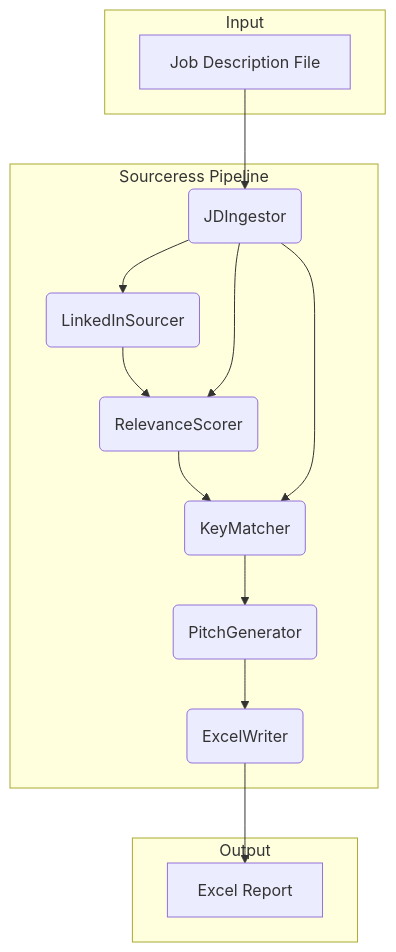
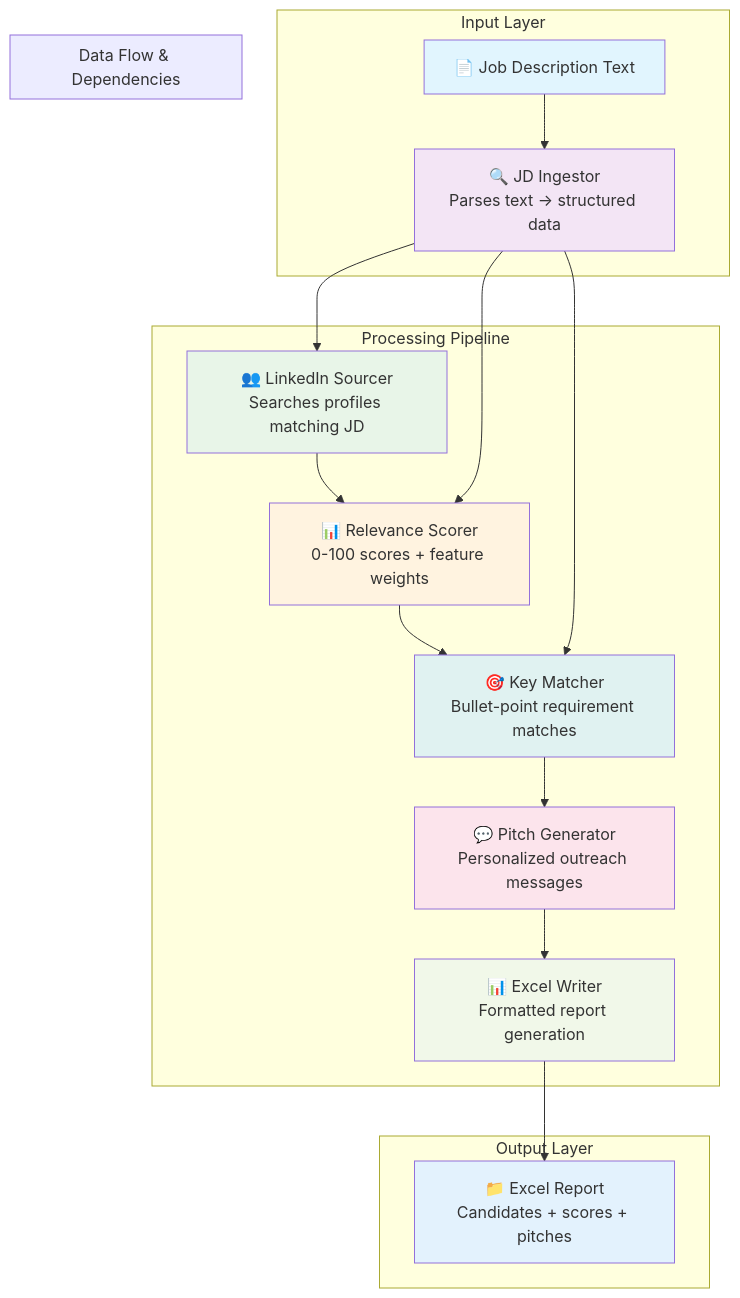
Before and after one commit to sanchitv7/sourceress: the diagram in architecture.mermaid, drawn with Mermaid. The commit also changed 2 other files, not shown here.

Commit message:
feat: Add plan and update architecture diagram

```diff
--- a/architecture.mermaid
+++ b/architecture.mermaid
@@ -1,26 +1,37 @@
 graph TD
-    subgraph "Input"
-        A[Job Description File]
+    subgraph "Input Layer"
+        A[📄 Job Description Text] --> B
     end
 
-    subgraph "Sourceress Pipeline"
-        B(JDIngestor)
-        C(LinkedInSourcer)
-        D(RelevanceScorer)
-        E(KeyMatcher)
-        F(PitchGenerator)
-        G(ExcelWriter)
+    subgraph "Processing Pipeline" 
+        B[🔍 JD Ingestor<br/>Parses text → structured data]
+        C[👥 LinkedIn Sourcer<br/>Searches profiles matching JD]
+        D[📊 Relevance Scorer<br/>0-100 scores + feature weights]
+        E[🎯 Key Matcher<br/>Bullet-point requirement matches]
+        F[💬 Pitch Generator<br/>Personalized outreach messages]
+        G[📊 Excel Writer<br/>Formatted report generation]
     end
-    subgraph "Output"
-        H[Excel Report]
+    
+    subgraph "Output Layer"
+        H[📁 Excel Report<br/>Candidates + scores + pitches]
     end
 
-    A --> B
-    B --> C
-    C --> D
-    B --> D
-    D --> E
-    B --> E
-    E --> F
-    F --> G
-    G --> H
+    subgraph "Data Flow & Dependencies"
+        B --> C
+        C --> D
+        B --> D
+        D --> E
+        B --> E
+        E --> F
+        F --> G
+        G --> H
+    end
+    
+    style A fill:#e1f5fe
+    style B fill:#f3e5f5
+    style C fill:#e8f5e8
+    style D fill:#fff3e0
+    style E fill:#e0f2f1
+    style F fill:#fce4ec
+    style G fill:#f1f8e9
+    style H fill:#e3f2fd
```
